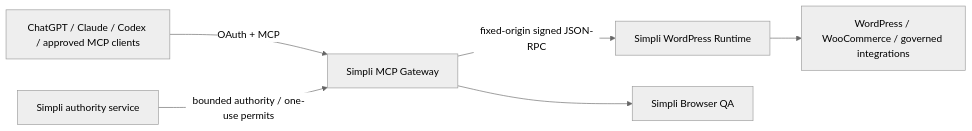
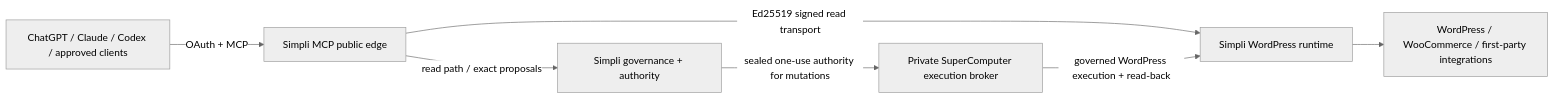
One commit to jaymoxke/simpli-wordpress-mcp changed the diagram in README.md. Above: the diagram before and after it, drawn with Mermaid (neutral theme). The commit also changed other lines of this file, not shown here.

Commit message:
v3 edge: align README to rc.6 authority and edge posture

````diff
--- a/README.md
+++ b/README.md
@@ -9,8 +9,9 @@
 ```mermaid
 flowchart LR
-    C["ChatGPT / Claude / Codex / approved MCP clients"] -->|"OAuth + MCP"| G["Simpli MCP Gateway"]
-    G -->|"fixed-origin signed JSON-RPC"| W["Simpli WordPress Runtime"]
-    W --> WP["WordPress / WooCommerce / governed integrations"]
-    G --> B["Simpli Browser QA"]
-    A["Simpli authority service"] -->|"bounded authority / one-use permits"| G
+    C["ChatGPT / Claude / Codex / approved clients"] -->|"OAuth + MCP"| G["Simpli MCP public edge"]
+    G -->|"read path / exact proposals"| K["Simpli governance + authority"]
+    K -->|"sealed one-use authority for mutations"| B["Private SuperComputer execution broker"]
+    G -->|"Ed25519 signed read transport"| W["Simpli WordPress runtime"]
+    B -->|"governed WordPress execution + read-back"| W
+    W --> WP["WordPress / WooCommerce / first-party integrations"]
 ```
````
